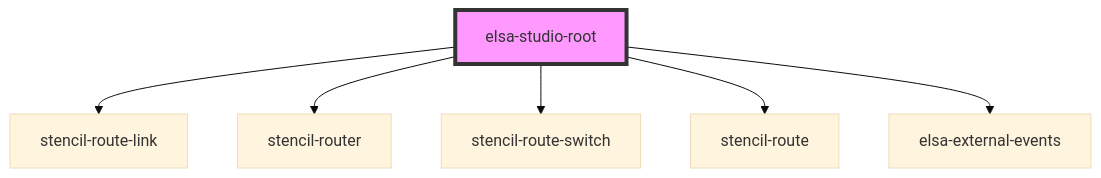
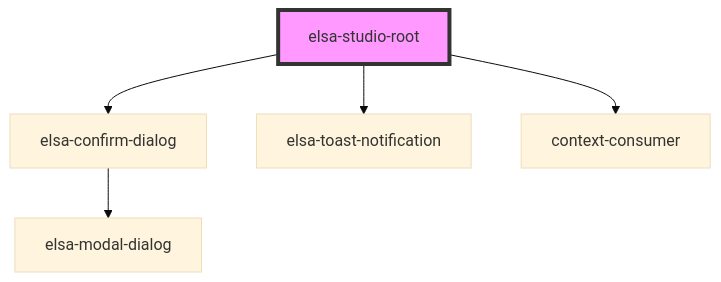
One commit to elsa-workflows/elsa-core changed the diagram in src/designer/elsa-workflows-studio/src/components/dashboard/pages/elsa-studio-root/readme.md. Above: the diagram before and after it, drawn with Mermaid (base theme). The commit also changed other lines of this file and 69 other files, not shown here.

````diff
--- a/src/designer/elsa-workflows-studio/src/components/dashboard/pages/elsa-studio-root/readme.md
+++ b/src/designer/elsa-workflows-studio/src/components/dashboard/pages/elsa-studio-root/readme.md
@@ -27,9 +46,8 @@
 ```mermaid
 graph TD;
-  elsa-studio-root --> stencil-route-link
-  elsa-studio-root --> stencil-router
-  elsa-studio-root --> stencil-route-switch
-  elsa-studio-root --> stencil-route
-  elsa-studio-root --> elsa-external-events
+  elsa-studio-root --> elsa-confirm-dialog
+  elsa-studio-root --> elsa-toast-notification
+  elsa-studio-root --> context-consumer
+  elsa-confirm-dialog --> elsa-modal-dialog
   style elsa-studio-root fill:#f9f,stroke:#333,stroke-width:4px
 ```
````
